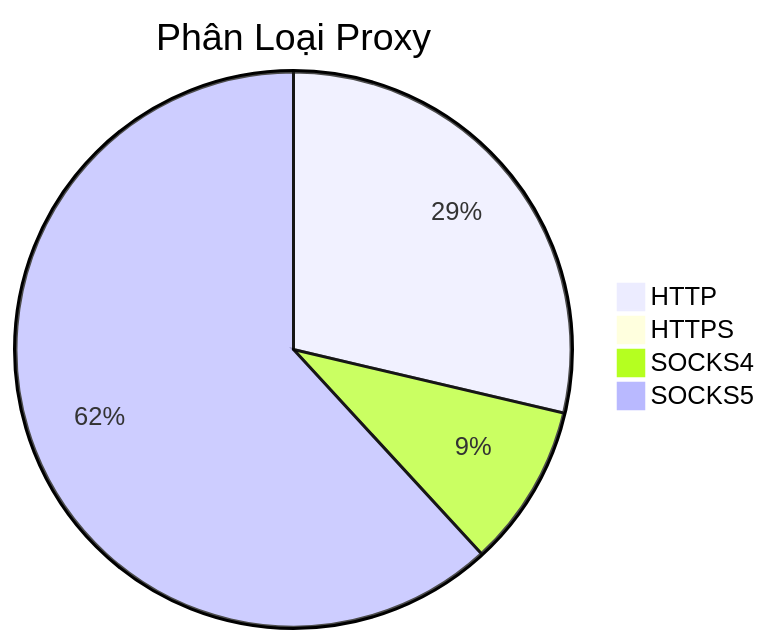
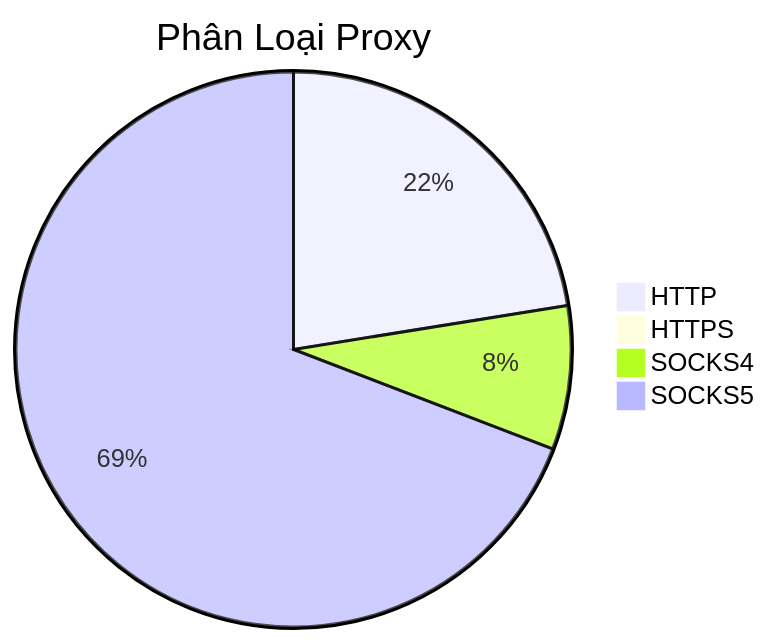
Before and after one commit to Ciara-12/PROXY-free: the diagram in README.md, drawn with Mermaid. The commit also changed other lines of this file and 4 other files, not shown here.

````diff
--- a/README.md
+++ b/README.md
@@ -26,7 +26,7 @@
 ```mermaid
 pie title Phân Loại Proxy
-    "HTTP" : 780
-    "HTTPS" : 0
+    "HTTP" : 692
+    "HTTPS" : 1
     "SOCKS4" : 258
-    "SOCKS5" : 1682
+    "SOCKS5" : 2131
 ```
````
